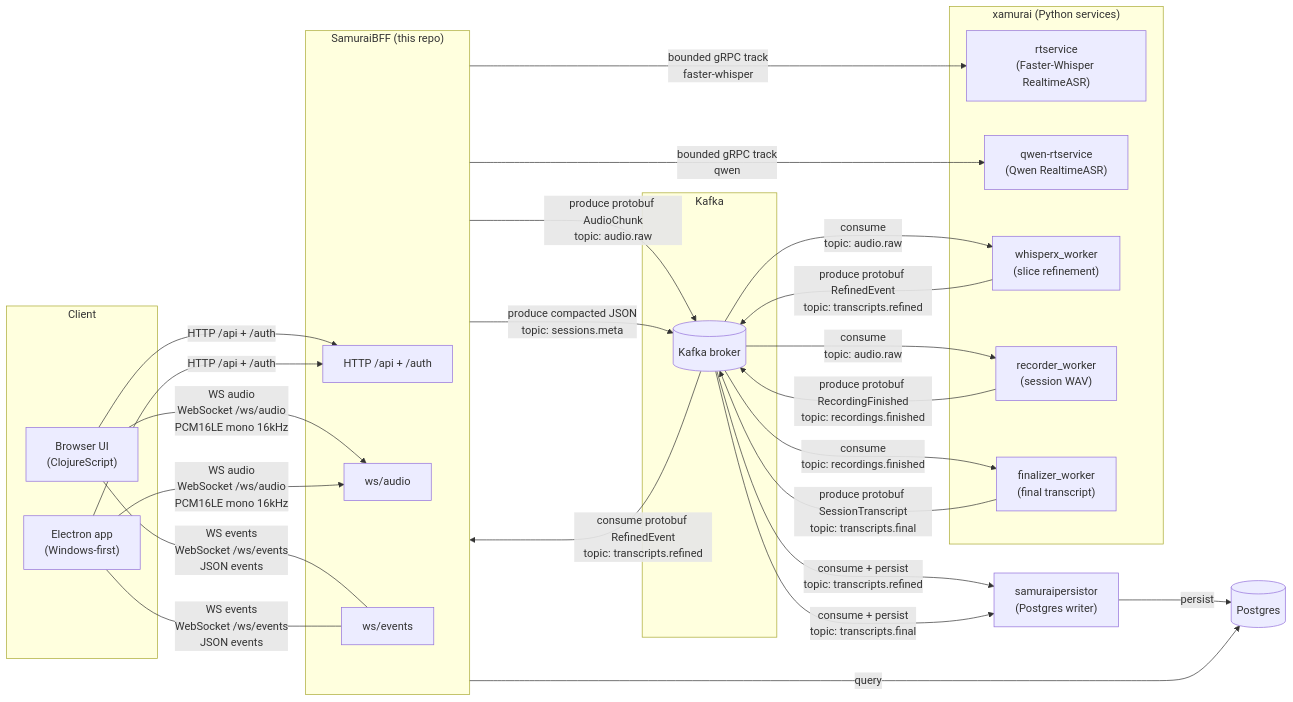
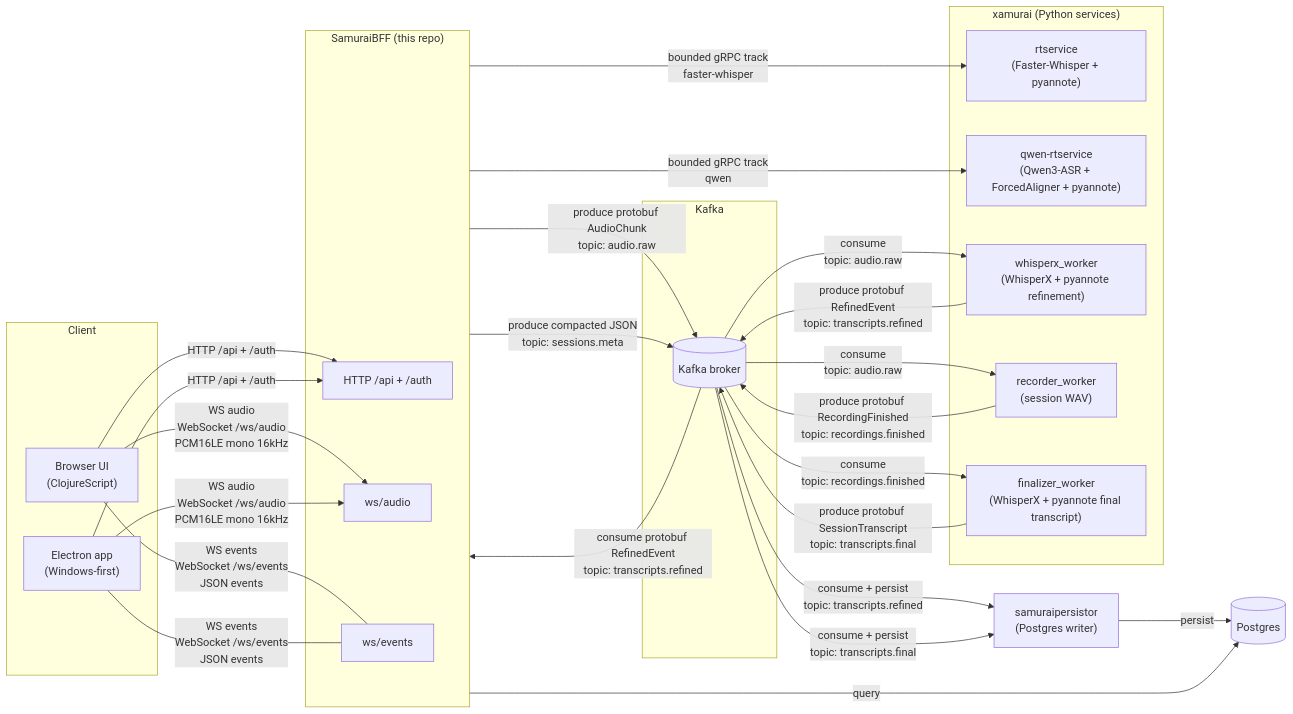
One commit to nanosamurai/samuraibff changed the diagram in README.MD. Above: the diagram before and after it, drawn with Mermaid. The commit also changed other lines of this file, not shown here.

Commit message:
Keep README focused on orchestration

````diff
--- a/README.MD
+++ b/README.MD
@@ -14,54 +14,54 @@
 ```mermaid
 flowchart LR
     subgraph Client
         Browser["Browser UI\n(ClojureScript)"]
         Electron["Electron app\n(Windows-first)"]
     end
 
     subgraph SamuraiBFF["SamuraiBFF (this repo)"]
         HTTP[HTTP /api + /auth]
         WSAudio[ws/audio]
         WSEvents[ws/events]
     end
 
     subgraph Xamurai["xamurai (Python services)"]
-        RTService["rtservice\n(Faster-Whisper RealtimeASR)"]
-        QwenRT["qwen-rtservice\n(Qwen RealtimeASR)"]
-        WhisperXWorker["whisperx_worker\n(slice refinement)"]
+        RTService["rtservice\n(Faster-Whisper + pyannote)"]
+        QwenRT["qwen-rtservice\n(Qwen3-ASR + ForcedAligner + pyannote)"]
+        WhisperXWorker["whisperx_worker\n(WhisperX + pyannote refinement)"]
         RecorderWorker["recorder_worker\n(session WAV)"]
-        FinalizerWorker["finalizer_worker\n(final transcript)"]
+        FinalizerWorker["finalizer_worker\n(WhisperX + pyannote final transcript)"]
     end
 
     Browser -->|HTTP /api + /auth| HTTP
     Browser -->|"WS audio\nWebSocket /ws/audio\nPCM16LE mono 16kHz"| WSAudio
     Browser ---|"WS events\nWebSocket /ws/events\nJSON events"| WSEvents
 
     Electron -->|HTTP /api + /auth| HTTP
     Electron -->|"WS audio\nWebSocket /ws/audio\nPCM16LE mono 16kHz"| WSAudio
     Electron ---|"WS events\nWebSocket /ws/events\nJSON events"| WSEvents
 
     SamuraiBFF -->|"bounded gRPC track\nfaster-whisper"| RTService
     SamuraiBFF -->|"bounded gRPC track\nqwen"| QwenRT
 
     subgraph Kafka["Kafka"]
         KafkaBroker[(Kafka broker)]
     end
 
     SamuraiBFF -->|"produce protobuf AudioChunk\ntopic: audio.raw"| KafkaBroker
     SamuraiBFF -->|"produce compacted JSON\ntopic: sessions.meta"| KafkaBroker
 
     KafkaBroker -->|"consume protobuf RefinedEvent\ntopic: transcripts.refined"| SamuraiBFF
     KafkaBroker -->|"consume\ntopic: audio.raw"| WhisperXWorker
     WhisperXWorker -->|"produce protobuf RefinedEvent\ntopic: transcripts.refined"| KafkaBroker
 
     KafkaBroker -->|"consume\ntopic: audio.raw"| RecorderWorker
     RecorderWorker -->|"produce protobuf RecordingFinished\ntopic: recordings.finished"| KafkaBroker
 
     KafkaBroker -->|"consume\ntopic: recordings.finished"| FinalizerWorker
     FinalizerWorker -->|"produce protobuf SessionTranscript\ntopic: transcripts.final"| KafkaBroker
 
     KafkaBroker -->|"consume + persist\ntopic: transcripts.refined"| Persistor["samuraipersistor\n(Postgres writer)"]
     KafkaBroker -->|"consume + persist\ntopic: transcripts.final"| Persistor
     Persistor -->|persist| Postgres[(Postgres)]
     SamuraiBFF -->|query| Postgres
 ```
````
